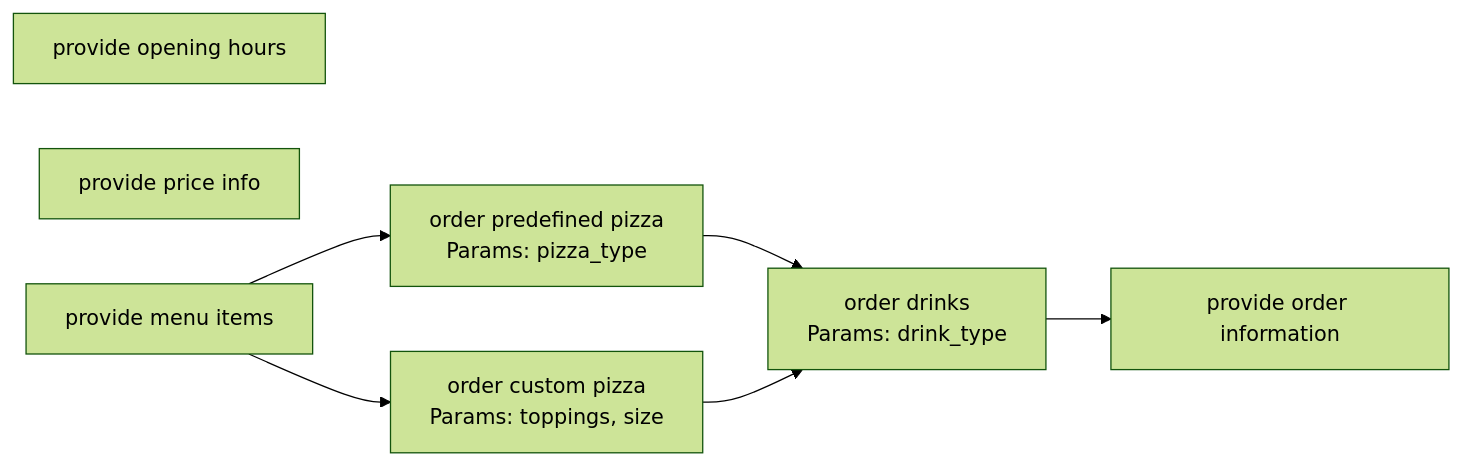
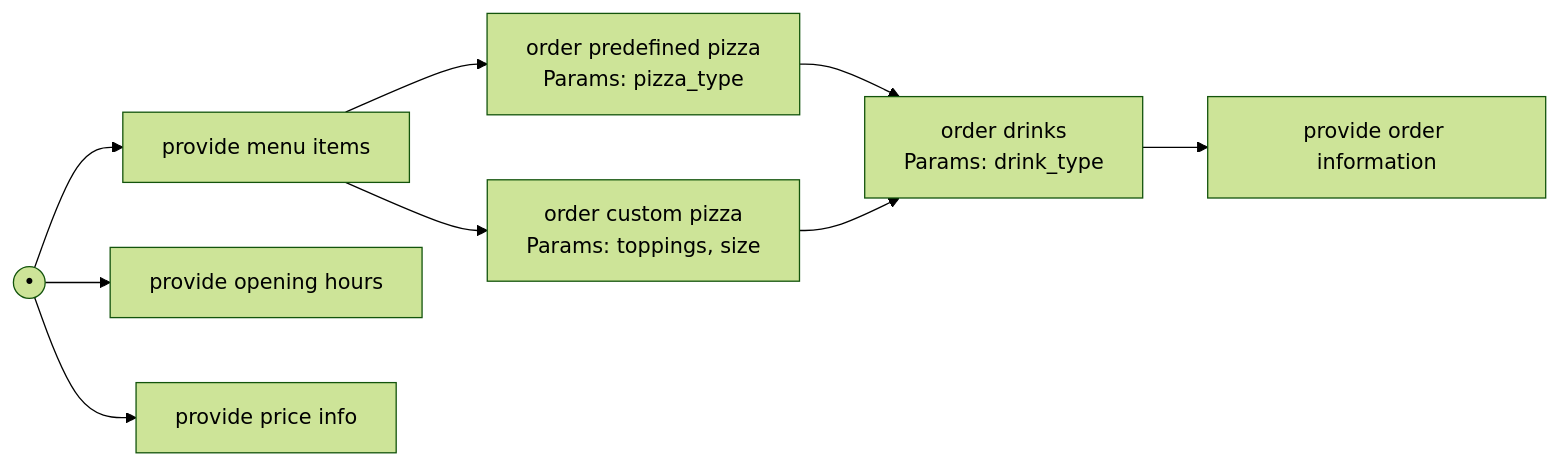
Before and after one commit to Chatbot-TRACER/TRACER: the third of 4 diagrams in readme.md, drawn with Mermaid (forest theme). The commit also changed other lines of this file, not shown here.

````diff
--- a/readme.md
+++ b/readme.md
@@ -97,11 +114,15 @@
 ```mermaid
 graph LR
+    Start((•)) --> F
+    Start --> A
+    Start --> E
+
     A[provide opening hours]
     E[provide price info]
 
     F[provide menu items] --> G[order predefined pizza\nParams: pizza_type];
     F --> H[order custom pizza\nParams: toppings, size];
     G --> I[order drinks\nParams: drink_type];
     H --> I;
     I --> D[provide order information];
 ```
````
